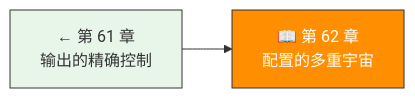
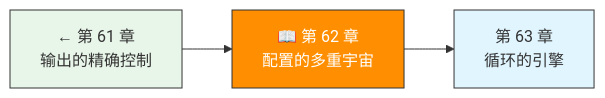
One commit to nadav-cheung/claudeai changed the diagram in teaching/book/卷五-Agent的造物法则/第62章-配置的多重宇宙.md. Above: the diagram before and after it, drawn with Mermaid. The commit also changed 1 other file, not shown here.

Commit message:
fix(book): 同步卷五至14章 — Mermaid引用范围修正 + README对齐
- ch53 Mermaid: "Ch57-62" → "Ch57-66"
- ch62 Mermaid: 恢复ch63引用(ch63已存在)
- ch65 Mermaid: 恢复ch66引用(ch66已存在)
- ch52: 添加卷五导航链接
- README: 五卷→六卷，补卷五14章完整目录

````diff
--- a/teaching/book/卷五-Agent的造物法则/第62章-配置的多重宇宙.md
+++ b/teaching/book/卷五-Agent的造物法则/第62章-配置的多重宇宙.md
@@ -11,7 +11,9 @@
 ```mermaid
 graph LR
     CH61["← 第 61 章<br/>输出的精确控制"] --> CH62["📖 第 62 章<br/>配置的多重宇宙"]
+    CH62 --> CH63["第 63 章<br/>循环的引擎"]
 
     style CH61 fill:#e8f5e9,stroke:#333
     style CH62 fill:#FF8F00,color:#fff,stroke:#333
+    style CH63 fill:#e1f5fe,stroke:#333
 ```
````
